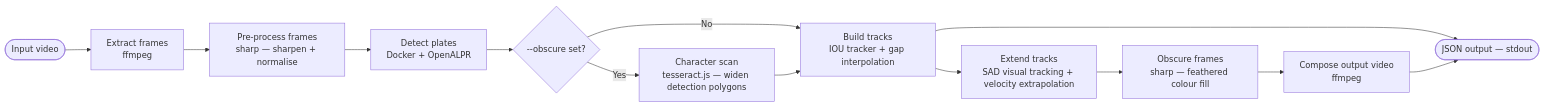
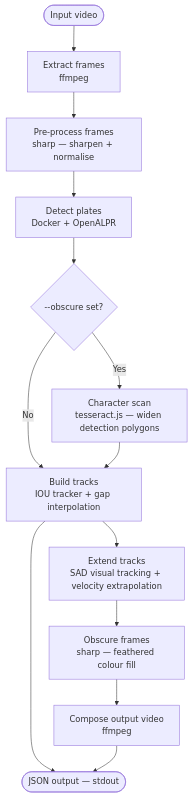
Before and after one commit to instantiator/number-jam: the diagram in README.md, drawn with Mermaid.

Commit message:
TD flowchart

````diff
--- a/README.md
+++ b/README.md
@@ -20,15 +20,15 @@
 ```mermaid
-flowchart LR
+flowchart TD
     A([Input video]) --> B[Extract frames\nffmpeg]
     B --> C[Pre-process frames\nsharp — sharpen + normalise]
     C --> D[Detect plates\nDocker + OpenALPR]
     D --> E{--obscure set?}
     E -->|Yes| F[Character scan\ntesseract.js — widen detection polygons]
     E -->|No| G
     F --> G[Build tracks\nIOU tracker + gap interpolation]
     G --> H[Extend tracks\nSAD visual tracking + velocity extrapolation]
     H --> I[Obscure frames\nsharp — feathered colour fill]
     I --> J[Compose output video\nffmpeg]
     G --> K([JSON output — stdout])
     J --> K
 ```
````
